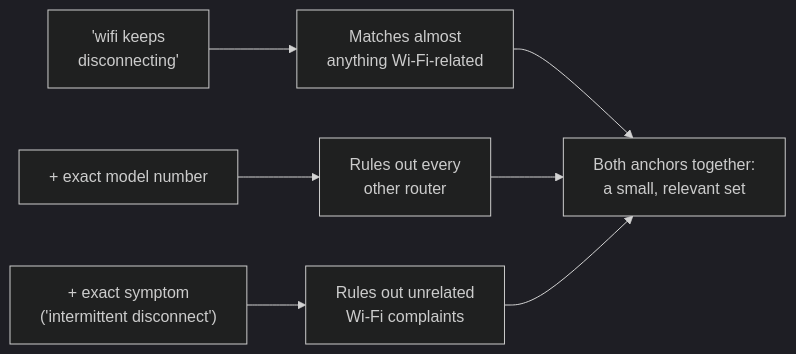
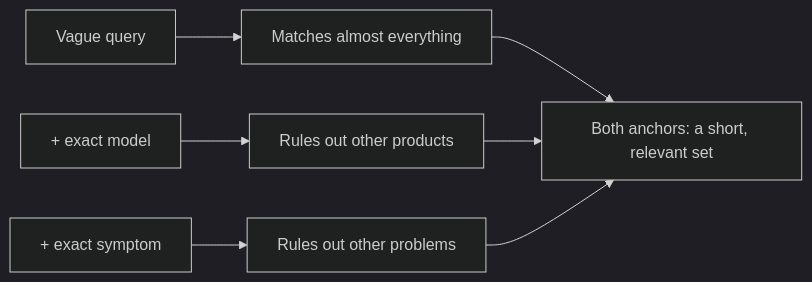
Before and after one commit to francoandreDev/knowledge: the first of 2 diagrams in src/content/learning-craft/search-literacy/L2-concept.mdx, drawn with Mermaid (dark theme). The commit also changed other lines of this file and 3 other files, not shown here.

````diff
--- a/src/content/learning-craft/search-literacy/L2-concept.mdx
+++ b/src/content/learning-craft/search-literacy/L2-concept.mdx
@@ -27,9 +50,9 @@
 ```mermaid
 flowchart LR
-    Vague["'wifi keeps\ndisconnecting'"] --> Broad["Matches almost\nanything Wi-Fi-related"]
-    Anchor["+ exact model number"] --> Narrow1["Rules out every\nother router"]
-    Anchor2["+ exact symptom\n('intermittent disconnect')"] --> Narrow2["Rules out unrelated\nWi-Fi complaints"]
-    Broad --> Combined["Both anchors together:\na small, relevant set"]
-    Narrow1 --> Combined
-    Narrow2 --> Combined
+    V["Vague query"] --> B["Matches almost everything"]
+    M["+ exact model"] --> N1["Rules out other products"]
+    S["+ exact symptom"] --> N2["Rules out other problems"]
+    B --> C["Both anchors: a short, relevant set"]
+    N1 --> C
+    N2 --> C
 ```
````
